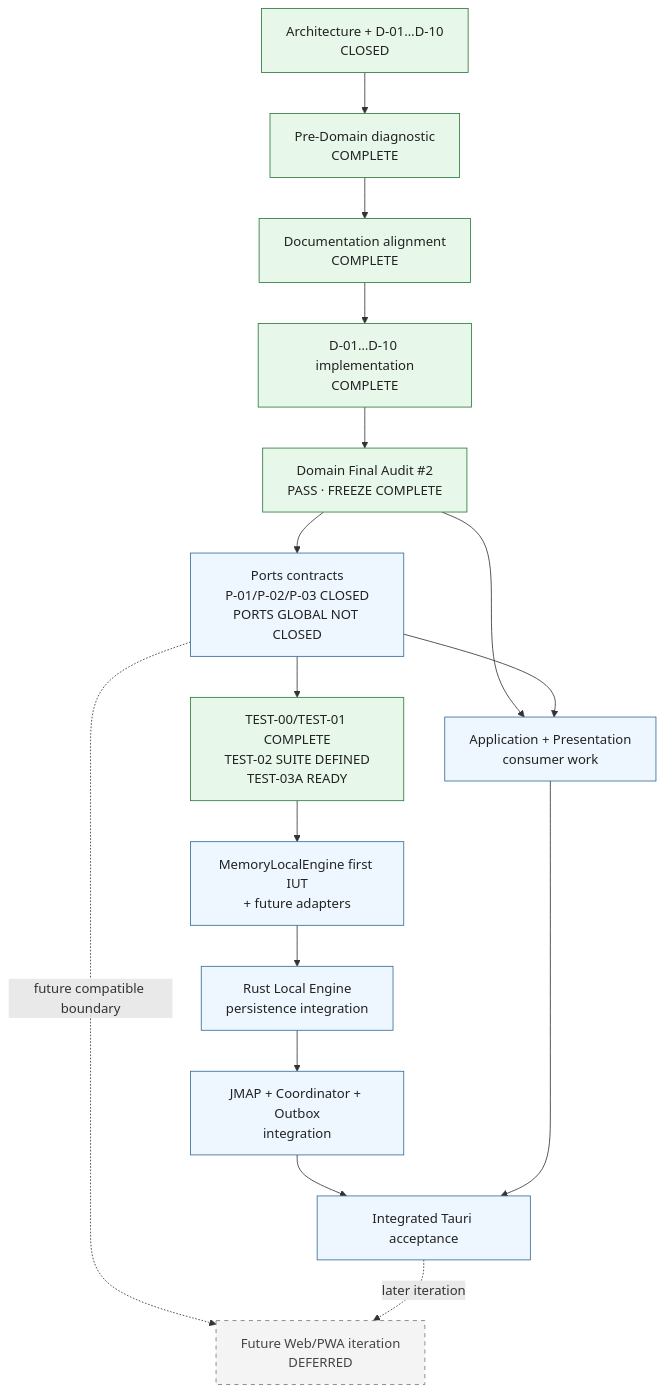
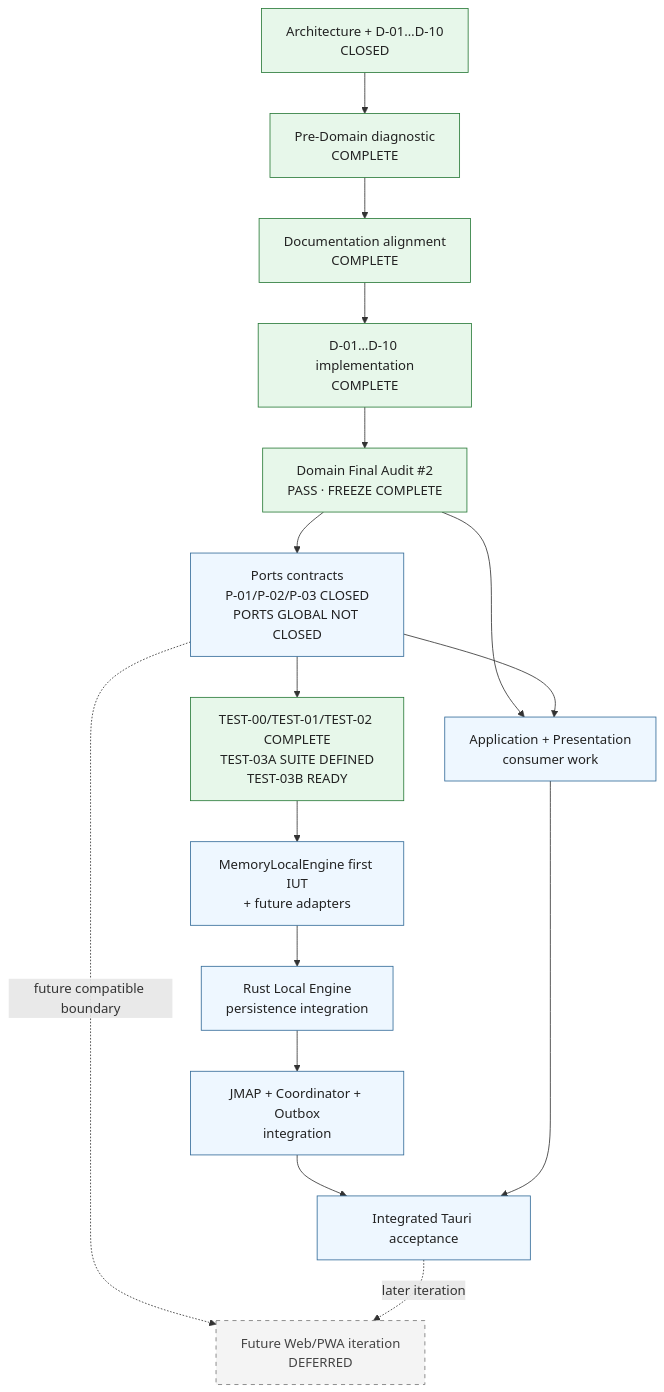
One commit to sebastiandperez/Correo-Boxplot changed the diagram in docs/planning/roadmap.md. Above: the diagram before and after it, drawn with Mermaid. The commit also changed other lines of this file and 4 other files, not shown here.

````diff
--- a/docs/planning/roadmap.md
+++ b/docs/planning/roadmap.md
@@ -53,30 +53,30 @@
 ```mermaid
 flowchart TD
     Decisions["Architecture + D-01…D-10<br/>CLOSED"]
     Diagnostic["Pre-Domain diagnostic<br/>COMPLETE"]
     Docs["Documentation alignment<br/>COMPLETE"]
     Domain["D-01…D-10 implementation<br/>COMPLETE"]
     DomainGate["Domain Final Audit #2<br/>PASS · FREEZE COMPLETE"]
     Ports["Ports contracts<br/>P-01/P-02/P-03 CLOSED<br/>PORTS GLOBAL NOT CLOSED"]
-    TestSpec["TEST-00/TEST-01 COMPLETE<br/>TEST-02 SUITE DEFINED<br/>TEST-03A READY"]
+    TestSpec["TEST-00/TEST-01/TEST-02 COMPLETE<br/>TEST-03A SUITE DEFINED<br/>TEST-03B READY"]
     Adapters["MemoryLocalEngine first IUT<br/>+ future adapters"]
     Engine["Rust Local Engine<br/>persistence integration"]
     Remote["JMAP + Coordinator + Outbox<br/>integration"]
     App["Application + Presentation<br/>consumer work"]
     Acceptance["Integrated Tauri acceptance"]
     FutureWeb["Future Web/PWA iteration<br/>DEFERRED"]
 
     Decisions --> Diagnostic --> Docs --> Domain --> DomainGate --> Ports --> TestSpec --> Adapters --> Engine --> Remote --> Acceptance
     DomainGate --> App
     Ports --> App
     App --> Acceptance
     Ports -.->|"future compatible boundary"| FutureWeb
     Acceptance -.->|"later iteration"| FutureWeb
 
     classDef closed fill:#e7f7ea,stroke:#297a38,color:#222;
     classDef active fill:#eef7ff,stroke:#336b99,color:#222;
     classDef deferred fill:#f4f4f4,stroke:#777,stroke-dasharray:5 5,color:#444;
     class Decisions,Diagnostic,Docs,Domain,DomainGate,TestSpec closed;
     class Ports,Adapters,Engine,Remote,App,Acceptance active;
     class FutureWeb deferred;
 ```
````
